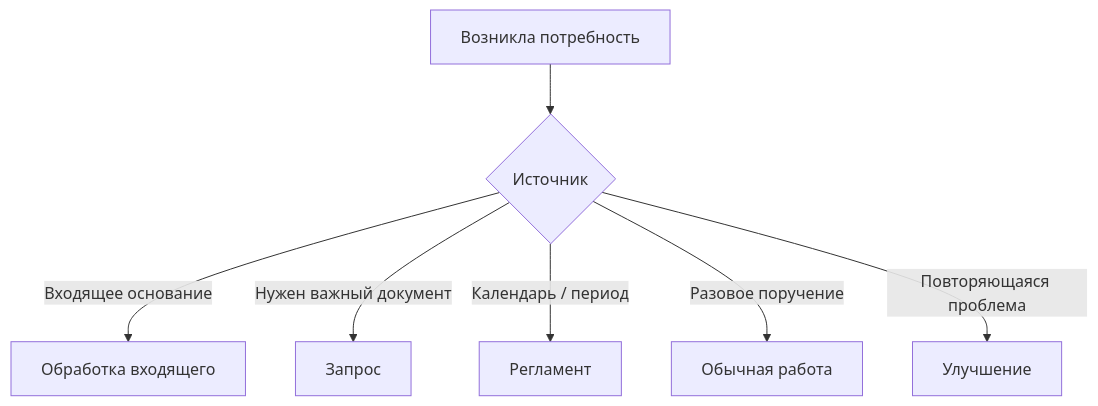
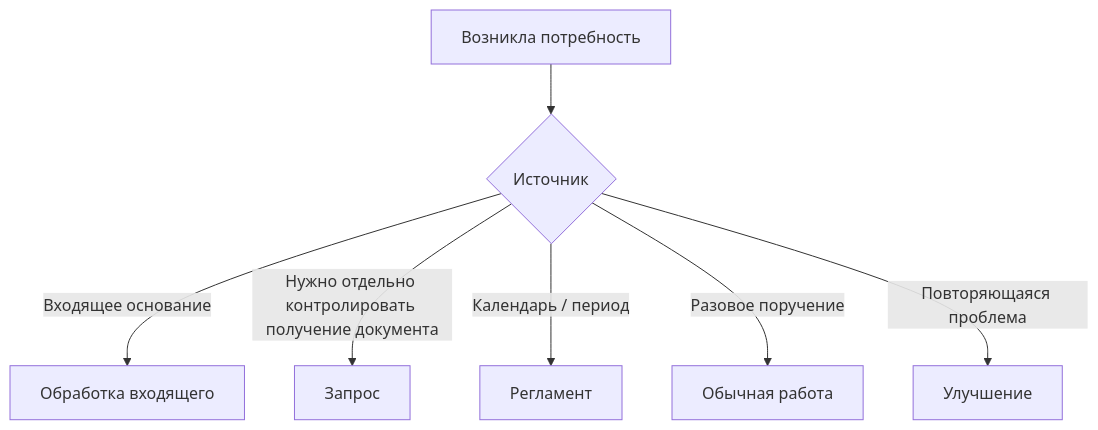
The diagram in docs/06-processes.md (lazuale/department), drawn with Mermaid before and after one commit. The commit also changed other lines of this file, not shown here.

````diff
--- a/docs/06-processes.md
+++ b/docs/06-processes.md
@@ -21,9 +26,9 @@
 ```mermaid
 flowchart TD
     A[Возникла потребность] --> B{Источник}
     B -- Входящее основание --> C[Обработка входящего]
-    B -- Нужен важный документ --> D[Запрос]
+    B -- Нужно отдельно контролировать получение документа --> D[Запрос]
     B -- Календарь / период --> E[Регламент]
     B -- Разовое поручение --> F[Обычная работа]
     B -- Повторяющаяся проблема --> G[Улучшение]
 ```
````
